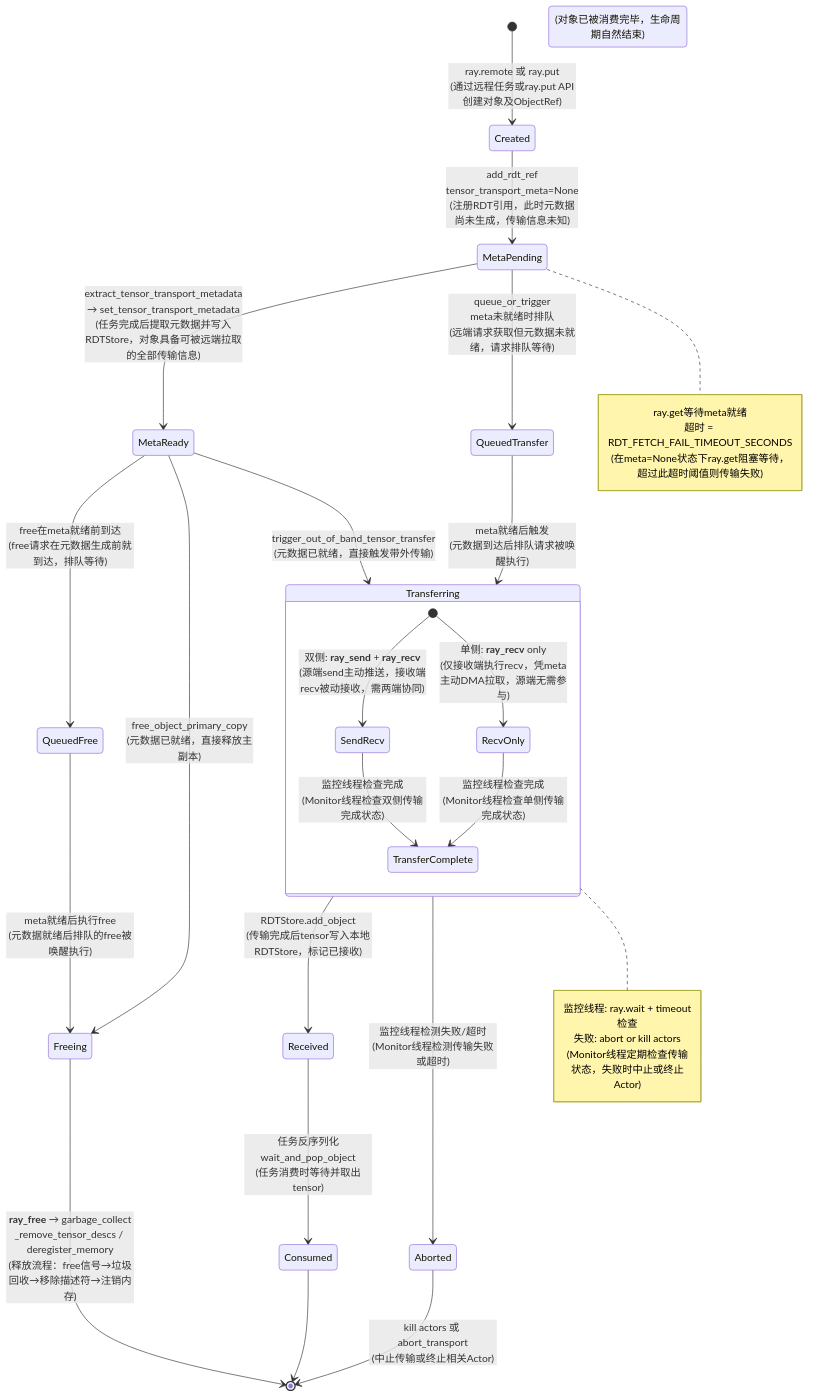
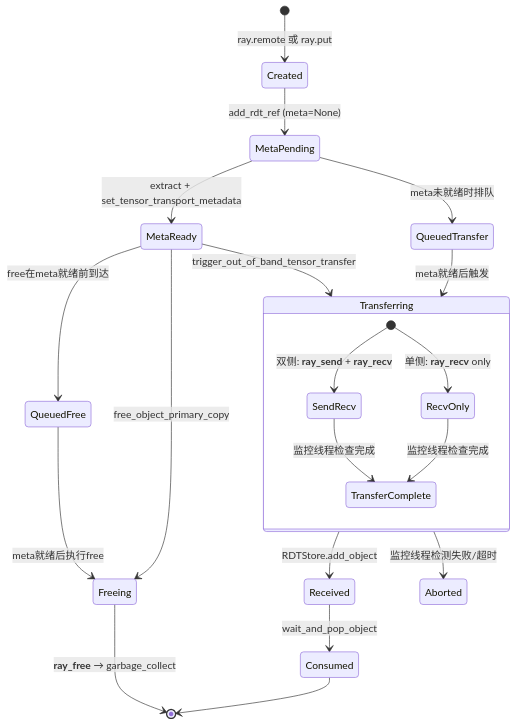
Before and after one commit to wangguimin18-boop/ray-project: the fourth of 4 diagrams in doc/source/ray-core/direct-transport/rdt-architecture-analysis.md, drawn with Mermaid. The commit also changed other lines of this file, not shown here.

Commit message:
用tech-arch-doc规范重写RDT架构分析文档：从图+注释表堆砌转为叙事驱动的What/Why/How深度写作

````diff
--- a/doc/source/ray-core/direct-transport/rdt-architecture-analysis.md
+++ b/doc/source/ray-core/direct-transport/rdt-architecture-analysis.md
@@ -779,41 +561,28 @@
 ```mermaid
 stateDiagram-v2
-    [*] --> Created : ray.remote 或 ray.put<br>(通过远程任务或ray.put API创建对象及ObjectRef)
-    Created --> MetaPending : add_rdt_ref<br>tensor_transport_meta=None<br>(注册RDT引用，此时元数据尚未生成，传输信息未知)
-    MetaPending --> MetaReady : extract_tensor_transport_metadata<br>→ set_tensor_transport_metadata<br>(任务完成后提取元数据并写入RDTStore，对象具备可被远端拉取的全部传输信息)
+    [*] --> Created : ray.remote 或 ray.put
+    Created --> MetaPending : add_rdt_ref (meta=None)
+    MetaPending --> MetaReady : extract + set_tensor_transport_metadata
 
-    MetaPending --> QueuedTransfer : queue_or_trigger<br>meta未就绪时排队<br>(远端请求获取但元数据未就绪，请求排队等待)
-    QueuedTransfer --> Transferring : meta就绪后触发<br>(元数据到达后排队请求被唤醒执行)
-    MetaReady --> Transferring : trigger_out_of_band_tensor_transfer<br>(元数据已就绪，直接触发带外传输)
+    MetaPending --> QueuedTransfer : meta未就绪时排队
+    QueuedTransfer --> Transferring : meta就绪后触发
+    MetaReady --> Transferring : trigger_out_of_band_tensor_transfer
 
     state Transferring {
-        [*] --> SendRecv : 双侧: __ray_send__ + __ray_recv__<br>(源端send主动推送，接收端recv被动接收，需两端协同)
-        [*] --> RecvOnly : 单侧: __ray_recv__ only<br>(仅接收端执行recv，凭meta主动DMA拉取，源端无需参与)
-        SendRecv --> TransferComplete : 监控线程检查完成<br>(Monitor线程检查双侧传输完成状态)
-        RecvOnly --> TransferComplete : 监控线程检查完成<br>(Monitor线程检查单侧传输完成状态)
+        [*] --> SendRecv : 双侧: __ray_send__ + __ray_recv__
+        [*] --> RecvOnly : 单侧: __ray_recv__ only
+        SendRecv --> TransferComplete : 监控线程检查完成
+        RecvOnly --> TransferComplete : 监控线程检查完成
     }
 
-    Transferring --> Received : RDTStore.add_object<br>(传输完成后tensor写入本地RDTStore，标记已接收)
-    Received --> Consumed : 任务反序列化<br>wait_and_pop_object<br>(任务消费时等待并取出tensor)
+    Transferring --> Received : RDTStore.add_object
+    Received --> Consumed : wait_and_pop_object
 
-    MetaReady --> QueuedFree : free在meta就绪前到达<br>(free请求在元数据生成前就到达，排队等待)
-    QueuedFree --> Freeing : meta就绪后执行free<br>(元数据就绪后排队的free被唤醒执行)
-    MetaReady --> Freeing : free_object_primary_copy<br>(元数据已就绪，直接释放主副本)
-    Transferring --> Aborted : 监控线程检测失败/超时<br>(Monitor线程检测传输失败或超时)
-    Aborted --> [*] : kill actors 或 abort_transport<br>(中止传输或终止相关Actor)
+    MetaReady --> QueuedFree : free在meta就绪前到达
+    QueuedFree --> Freeing : meta就绪后执行free
+    MetaReady --> Freeing : free_object_primary_copy
+    Transferring --> Aborted : 监控线程检测失败/超时
 
-    Freeing --> [*] : __ray_free__ → garbage_collect<br>_remove_tensor_descs / deregister_memory<br>(释放流程：free信号→垃圾回收→移除描述符→注销内存)
-    Consumed --> [*] (对象已被消费完毕，生命周期自然结束)
-
-    note right of MetaPending
-        ray.get等待meta就绪
-        超时 = RDT_FETCH_FAIL_TIMEOUT_SECONDS
-        (在meta=None状态下ray.get阻塞等待，超过此超时阈值则传输失败)
-    end note
-
-    note right of Transferring
-        监控线程: ray.wait + timeout检查
-        失败: abort or kill actors
-        (Monitor线程定期检查传输状态，失败时中止或终止Actor)
-    end note
+    Freeing --> [*] : __ray_free__ → garbage_collect
+    Consumed --> [*]
 ```
````
